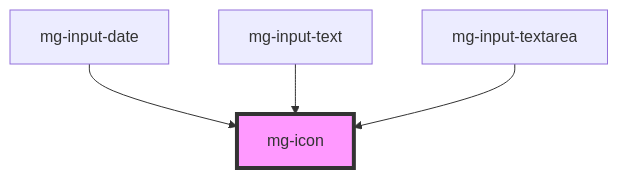
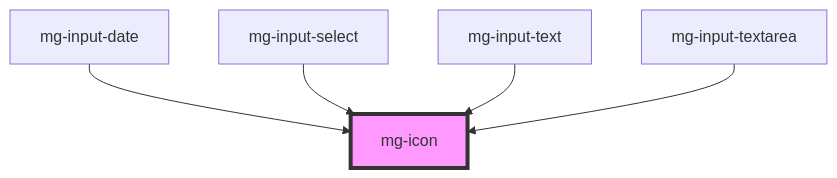
One commit to MGDIS/mg-components changed the diagram in src/components/atoms/mg-icon/readme.md. Above: the diagram before and after it, drawn with Mermaid. The commit also changed other lines of this file and 25 other files, not shown here.

First line of the commit message:
feat(input-select): add molecule

````diff
--- a/src/components/atoms/mg-icon/readme.md
+++ b/src/components/atoms/mg-icon/readme.md
@@ -25,7 +26,8 @@
 ```mermaid
 graph TD;
   mg-input-date --> mg-icon
+  mg-input-select --> mg-icon
   mg-input-text --> mg-icon
   mg-input-textarea --> mg-icon
   style mg-icon fill:#f9f,stroke:#333,stroke-width:4px
 ```
````
